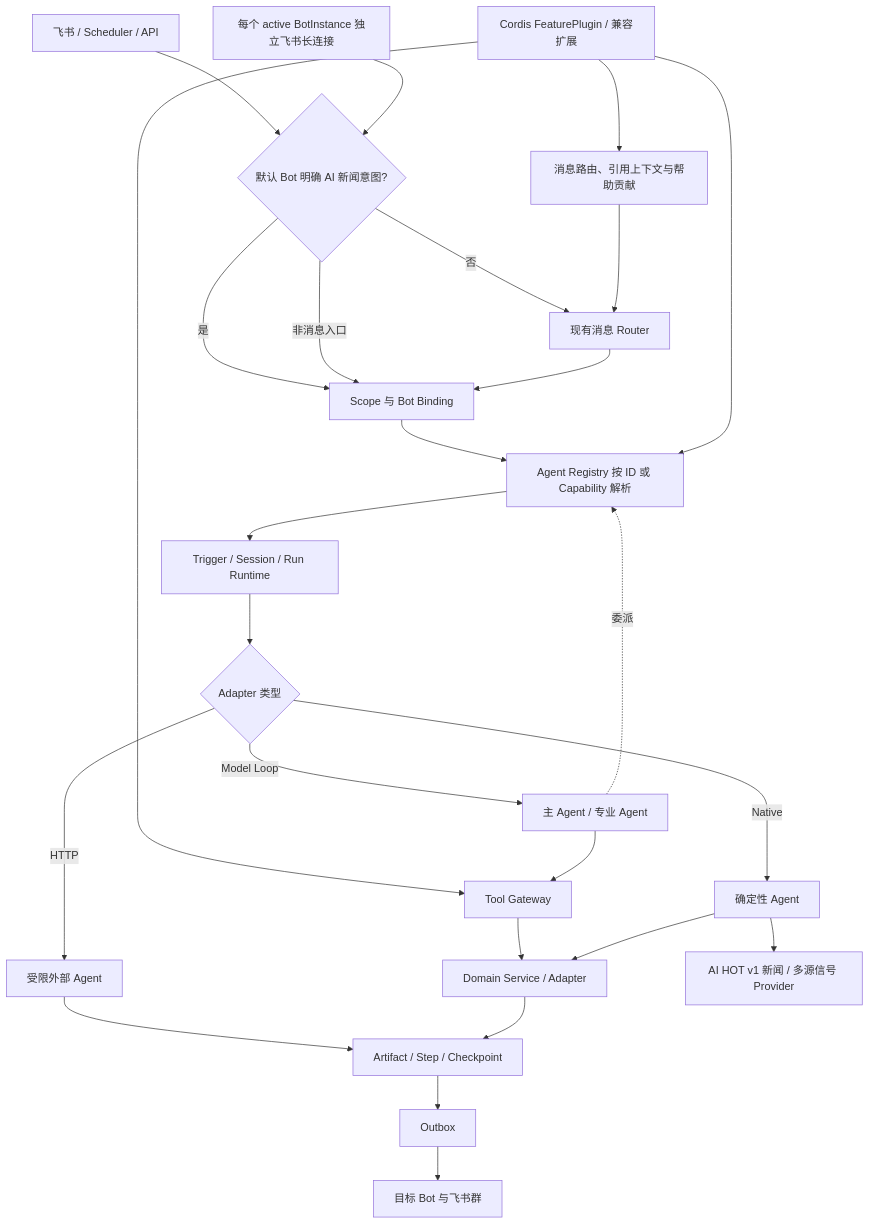
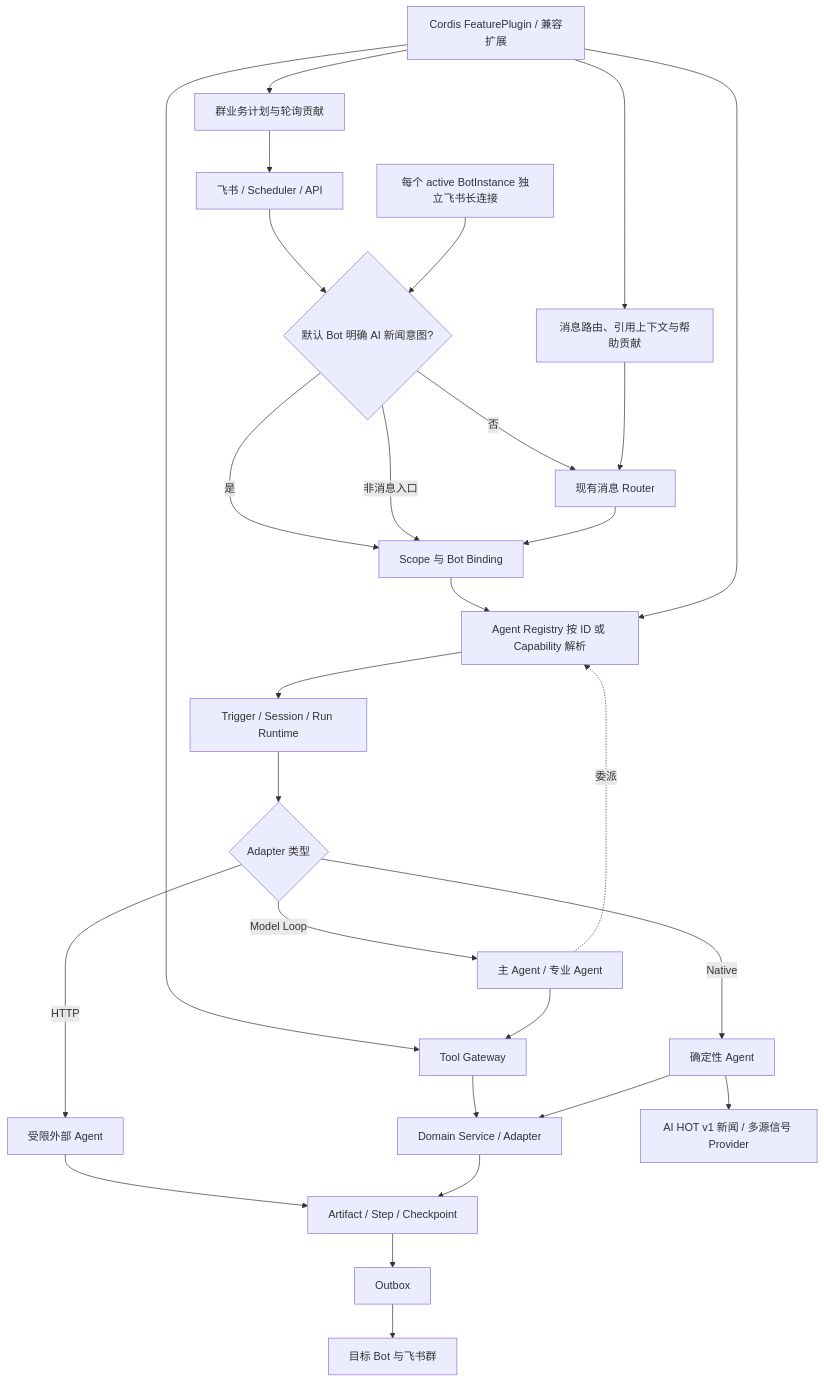
The diagram in backend/src/platform/FEATURE.md (KlayPeter/AI-Delivery-Ops-Agent), drawn with Mermaid before and after one commit. The commit also changed other lines of this file and 37 other files, not shown here.

````diff
--- a/backend/src/platform/FEATURE.md
+++ b/backend/src/platform/FEATURE.md
@@ -29,28 +29,30 @@
 ```mermaid
 flowchart TD
     A["飞书 / Scheduler / API"] --> R{"默认 Bot 明确 AI 新闻意图?"}
     R -- "是" --> B["Scope 与 Bot Binding"]
     R -- "否" --> Q["现有消息 Router"]
     R -- "非消息入口" --> B
     Q --> B
     B --> C["Agent Registry 按 ID 或 Capability 解析"]
     X["Cordis FeaturePlugin / 兼容扩展"] --> C
     X --> I["Tool / Skill / Adapter 注册"]
     X --> MR["消息路由、引用上下文与帮助贡献"]
     MR --> Q
+    X --> SJ[群业务计划与轮询贡献]
+    SJ --> A
     C --> D["Trigger / Session / Run Runtime"]
     D --> E{"Adapter 类型"}
     E -- Model Loop --> F["主 Agent / 专业 Agent"]
     E -- Native --> G["确定性 Agent"]
     E -- HTTP --> H["受限外部 Agent"]
     F --> I["Tool Gateway"]
     F -. 委派 .-> C
     I --> J["Domain Service / Adapter"]
     G --> J
     H --> K["Artifact / Step / Checkpoint"]
     J --> K
     K --> L["Outbox"]
     L --> M["目标 Bot 与飞书群"]
     N["每个 active BotInstance 独立飞书长连接"] --> R
     G --> O["AI HOT v1 新闻 / 多源信号 Provider"]
 ```
````
